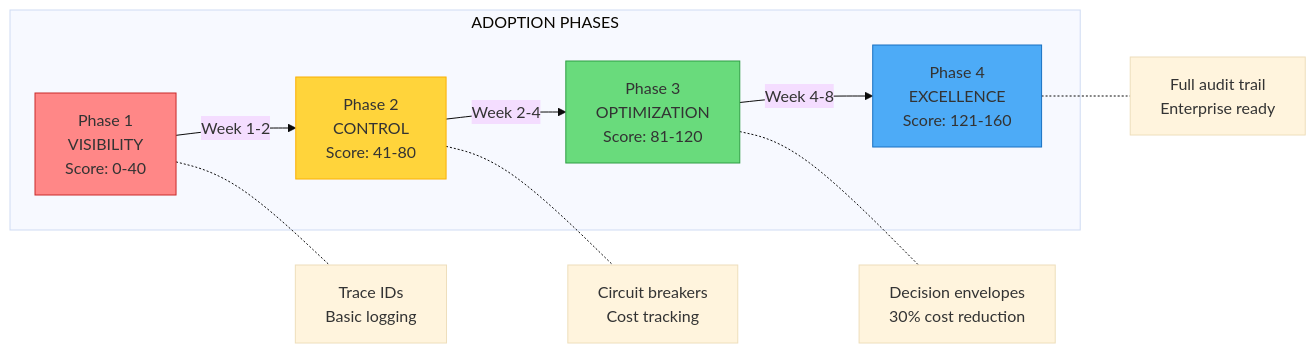
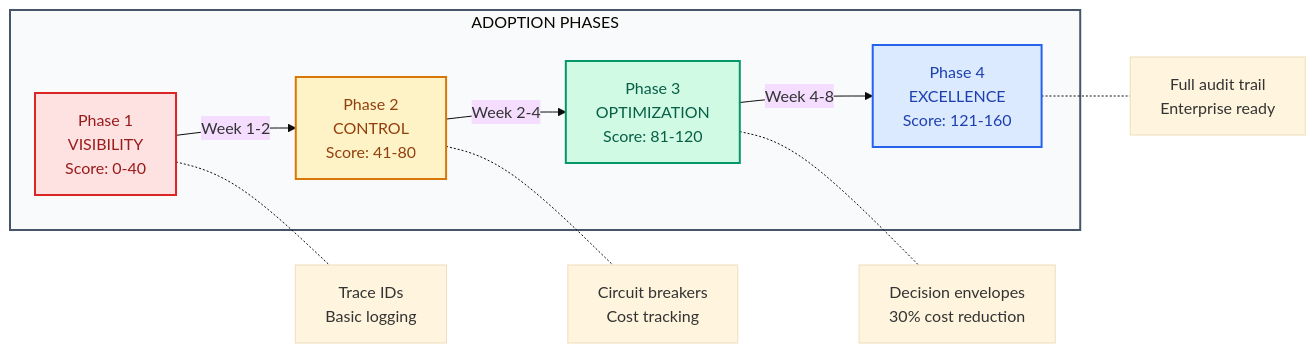
One commit to whoisrade/agentic-field-manual changed the diagram in ADOPTION.md. Above: the diagram before and after it, drawn with Mermaid (base theme). The commit also changed 18 other files, not shown here.

Commit message:
refine mermaid diagrams with enterprise color palette

````diff
--- a/ADOPTION.md
+++ b/ADOPTION.md
@@ -35,23 +35,24 @@
 ```mermaid
 flowchart LR
     subgraph Phases["ADOPTION PHASES"]
         P1["Phase 1<br/>VISIBILITY<br/>Score: 0-40"]
         P2["Phase 2<br/>CONTROL<br/>Score: 41-80"]
         P3["Phase 3<br/>OPTIMIZATION<br/>Score: 81-120"]
         P4["Phase 4<br/>EXCELLENCE<br/>Score: 121-160"]
     end
     
     P1 -->|"Week 1-2"| P2
     P2 -->|"Week 2-4"| P3
     P3 -->|"Week 4-8"| P4
     
     P1 -.- T1["Trace IDs<br/>Basic logging"]
     P2 -.- T2["Circuit breakers<br/>Cost tracking"]
     P3 -.- T3["Decision envelopes<br/>30% cost reduction"]
     P4 -.- T4["Full audit trail<br/>Enterprise ready"]
     
-    style P1 fill:#ff8787,stroke:#c92a2a
-    style P2 fill:#ffd43b,stroke:#fab005
-    style P3 fill:#69db7c,stroke:#2f9e44
-    style P4 fill:#4dabf7,stroke:#1971c2
+    style Phases fill:#f8fafc,stroke:#475569,stroke-width:2px
+    style P1 fill:#fee2e2,stroke:#dc2626,stroke-width:2px,color:#991b1b
+    style P2 fill:#fef3c7,stroke:#d97706,stroke-width:2px,color:#92400e
+    style P3 fill:#d1fae5,stroke:#059669,stroke-width:2px,color:#065f46
+    style P4 fill:#dbeafe,stroke:#2563eb,stroke-width:2px,color:#1e40af
 ```
````
